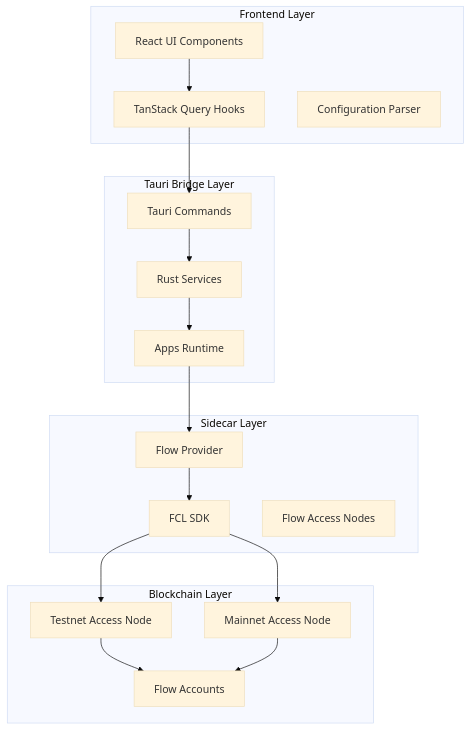
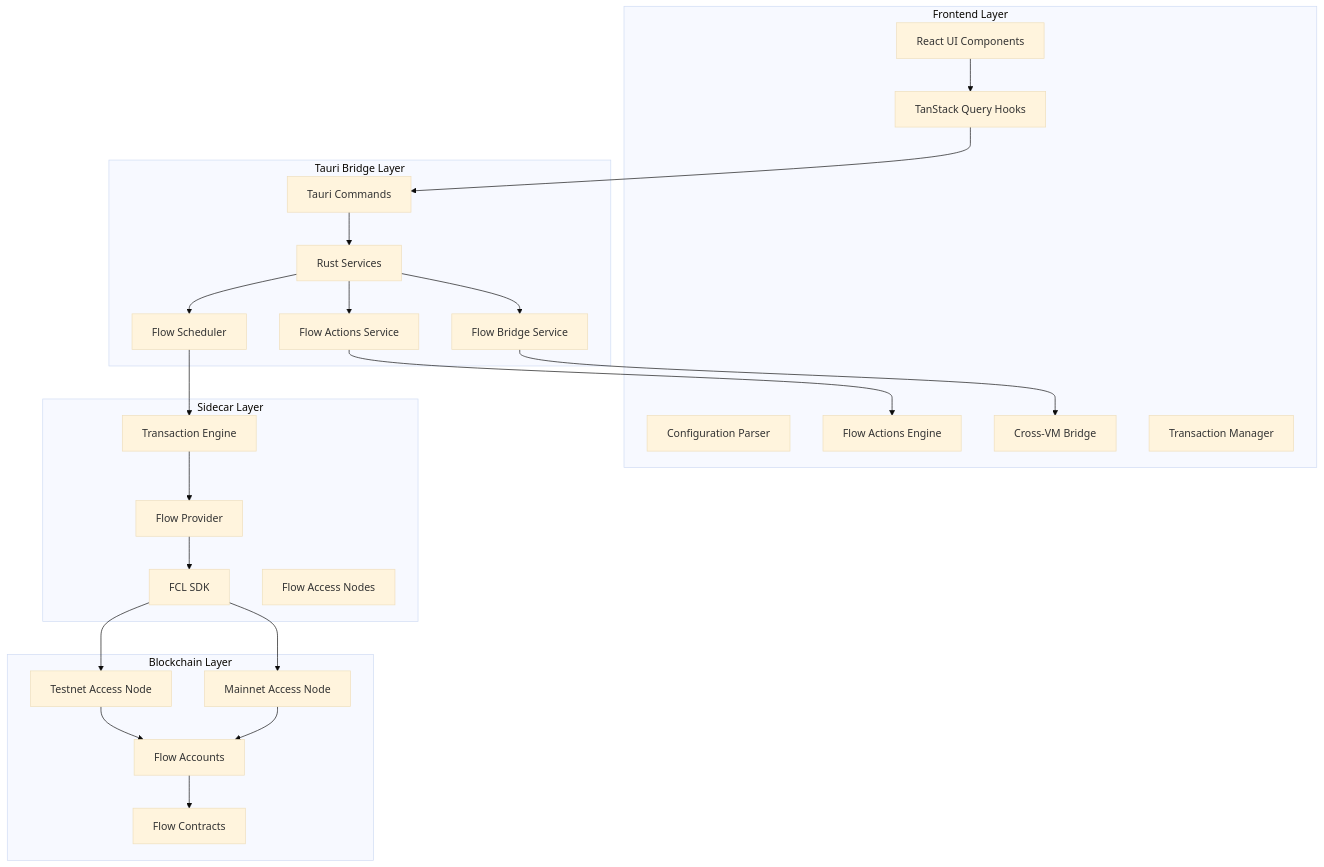
Before and after one commit to sanketnighot/shadow-protocol: the first of 15 diagrams in .qoder/repowiki/en/content/Backend Services Architecture/Wallet & Blockchain Services/Flow Integration Guide.md, drawn with Mermaid (base theme). The commit also changed other lines of this file and 9 other files, not shown here.

First line of the commit message:
feat: Enhance SHADOW Protocol with new Flow and AI services integration

````diff
--- a/.qoder/repowiki/en/content/Backend Services Architecture/Wallet & Blockchain Services/Flow Integration Guide.md
+++ b/.qoder/repowiki/en/content/Backend Services Architecture/Wallet & Blockchain Services/Flow Integration Guide.md
@@ -40,33 +60,48 @@
 ```mermaid
 graph TB
 subgraph "Frontend Layer"
 UI[React UI Components]
 Hooks[TanStack Query Hooks]
 Config[Configuration Parser]
+Actions[Flow Actions Components]
+Bridge[Flow Bridge Components]
+TxManager[Transaction Manager]
 end
 subgraph "Tauri Bridge Layer"
 Commands[Tauri Commands]
 Services[Rust Services]
-Runtime[Apps Runtime]
+Scheduler[Flow Scheduler]
+ActionsSvc[Flow Actions Service]
+BridgeSvc[Flow Bridge Service]
 end
 subgraph "Sidecar Layer"
 Provider[Flow Provider]
 FCL[FCL SDK]
 Network[Flow Access Nodes]
+Actions[Flow Actions Engine]
+Bridge[Cross-VM Bridge]
+TxEngine[Transaction Engine]
 end
 subgraph "Blockchain Layer"
 Testnet[Testnet Access Node]
 Mainnet[Mainnet Access Node]
 Accounts[Flow Accounts]
+Contracts[Flow Contracts]
 end
 UI --> Hooks
 Hooks --> Commands
 Commands --> Services
-Services --> Runtime
-Runtime --> Provider
+Services --> Scheduler
+Services --> ActionsSvc
+Services --> BridgeSvc
+Scheduler --> TxEngine
+ActionsSvc --> Actions
+BridgeSvc --> Bridge
+TxEngine --> Provider
 Provider --> FCL
 FCL --> Testnet
 FCL --> Mainnet
 Testnet --> Accounts
 Mainnet --> Accounts
+Accounts --> Contracts
 ```
````
